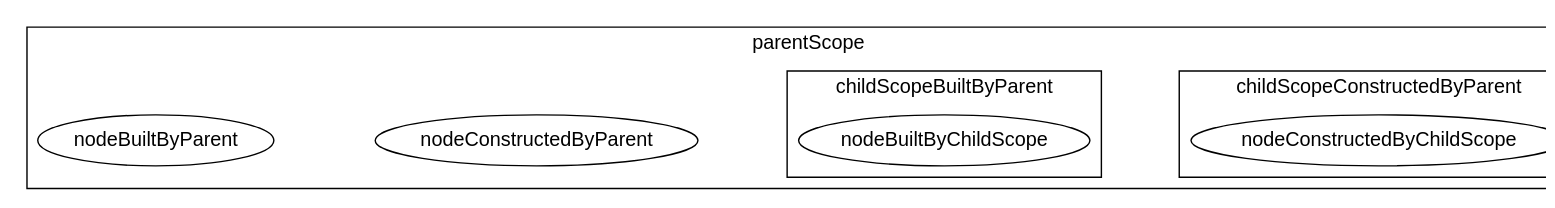
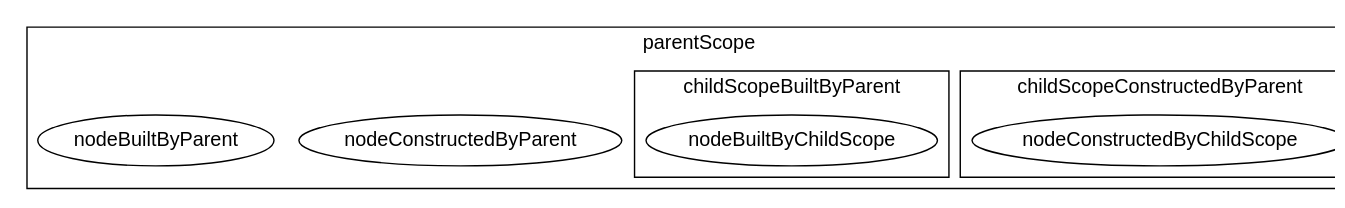
Before and after one commit to ggsuite/supply_chain: the diagram in test.graphs.example_scope_blue_print.dot, drawn with Graphviz. The commit also changed 29 other files, not shown here.

Commit message:
Modify: Print only suppliers of nodes in doc graphs

```diff
--- a/test.graphs.example_scope_blue_print.dot
+++ b/test.graphs.example_scope_blue_print.dot
@@ -1,31 +1,31 @@
 digraph unix {
   graph [ dpi = 75 ]; 
-  graph [nodesep = 1.0; ranksep=2];
+  graph [nodesep = 0.25; ranksep=0.25];
   fontname="Helvetica,Arial,sans-serif"
   node [fontname="Helvetica,Arial,sans-serif"]
   edge [fontname="Helvetica,Arial,sans-serif"]
   subgraph cluster_parentScope_2 {
     label = "parentScope"; // scope
     nodeConstructedByParent_0 [
       label = "nodeConstructedByParent"; // node
     ];
     nodeBuiltByParent_1 [
       label = "nodeBuiltByParent"; // node
     ];
     subgraph cluster_childScopeConstructedByParent_3 {
       label = "childScopeConstructedByParent"; // scope
       nodeConstructedByChildScope_2 [
         label = "nodeConstructedByChildScope"; // node
       ];
       
     }
     subgraph cluster_childScopeBuiltByParent_4 {
       label = "childScopeBuiltByParent"; // scope
       nodeBuiltByChildScope_3 [
         label = "nodeBuiltByChildScope"; // node
       ];
       
     }
     
   }
 }
```
